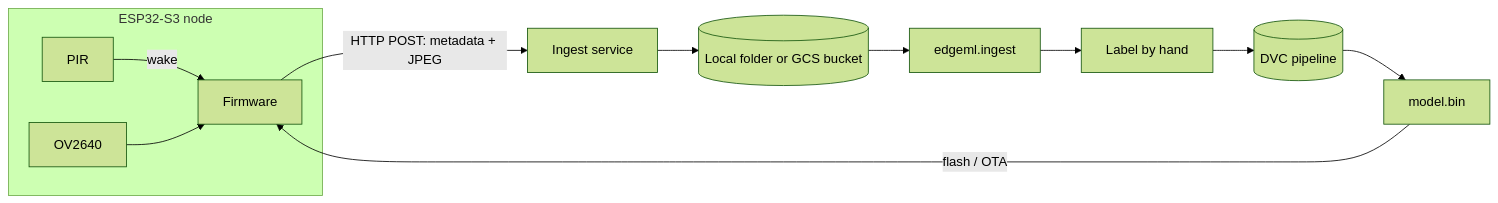
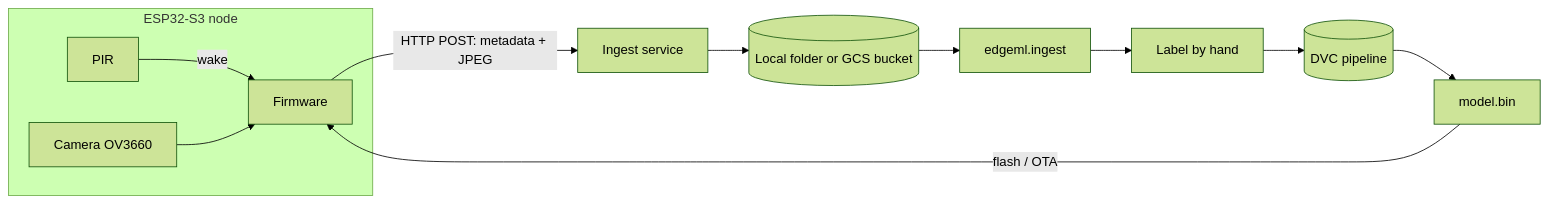
The first of 3 diagrams in docs/ARCHITECTURE.md (FranciscoLiquito19/esp32-edge-mlops), drawn with Mermaid (forest theme) before and after one commit. The commit also changed other lines of this file and 1 other file, not shown here.

Commit message:
docs: the board's camera is an OV3660, not an OV2640
The esp32-camera driver reports PID 0x3660 on the first boot of the board.
Capture works unchanged since the driver detects the sensor automatically.

````diff
--- a/docs/ARCHITECTURE.md
+++ b/docs/ARCHITECTURE.md
@@ -18,14 +18,14 @@
 ```mermaid
 flowchart LR
     subgraph Device[ESP32-S3 node]
         PIR[PIR] -->|wake| FW[Firmware]
-        CAM[OV2640] --> FW
+        CAM[Camera OV3660] --> FW
     end
     FW -->|HTTP POST: metadata + JPEG| ING[Ingest service]
     ING --> ST[(Local folder or GCS bucket)]
     ST --> IN[edgeml.ingest]
     IN --> LB[Label by hand]
     LB --> DVC[(DVC pipeline)]
     DVC --> PKG[model.bin]
     PKG -->|flash / OTA| FW
 ```
````
